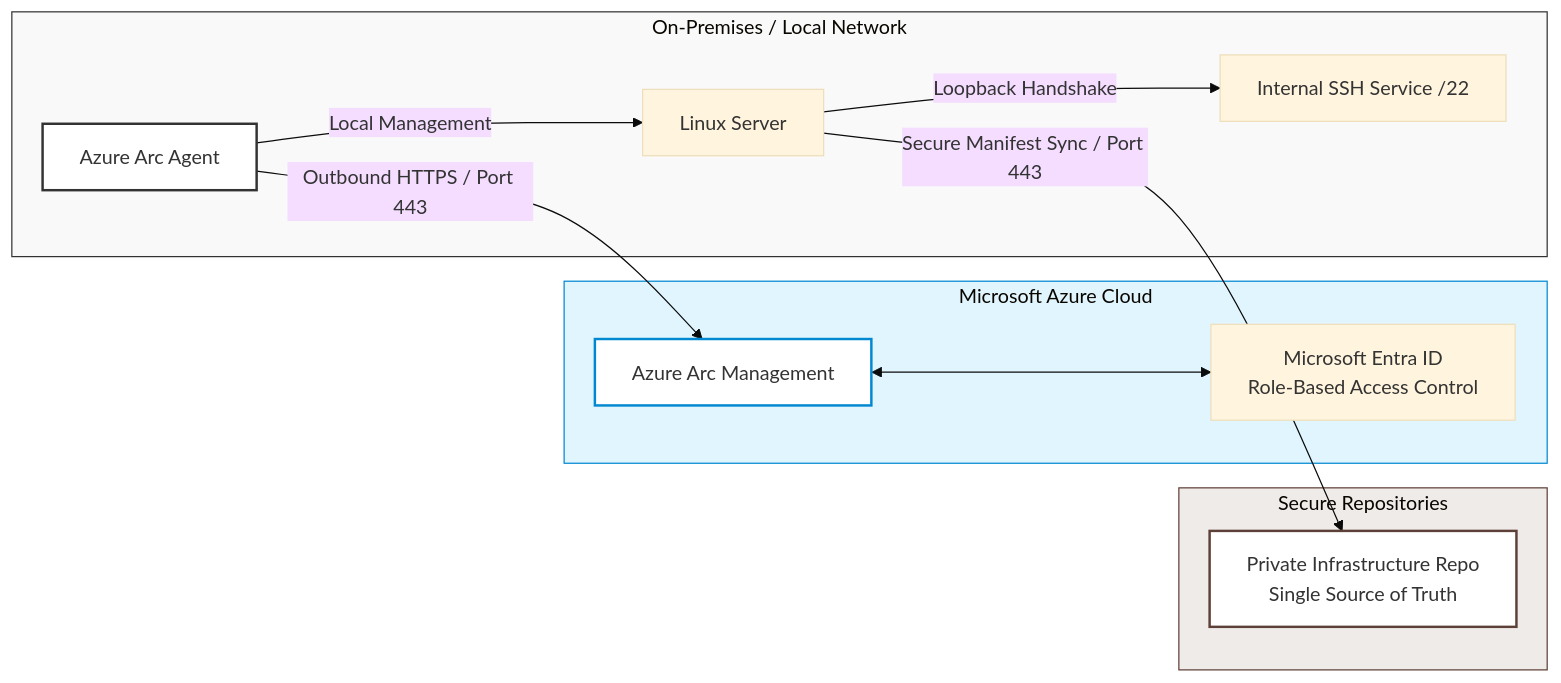
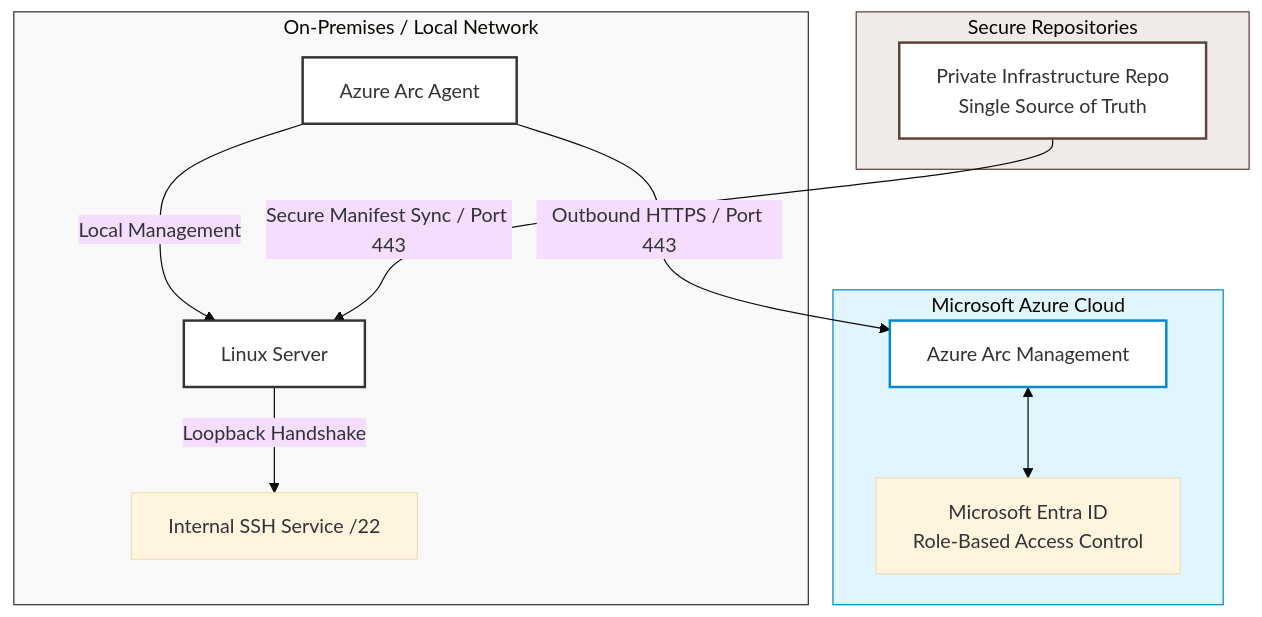
Before and after one commit to infer-insights/oszacuj-llm-gitops-enterprise: the diagram in README.md, drawn with Mermaid (base theme).

````diff
--- a/README.md
+++ b/README.md
@@ -20,34 +20,41 @@
 ```mermaid
-graph LR
-    %% Horizontal layout path configuration (Left-to-Right)
-    
+graph TD
+    %% Vertical Top-Down Architecture Layout
+
+    %% TOP LAYER
+    subgraph REPOS [Secure Repositories]
+        GR[Private Infrastructure Repo <br> Single Source of Truth]
+    end
+
+    %% MIDDLE LAYER
     subgraph ON_PREM [On-Premises / Local Network]
         LS[Linux Server]
         AA[Azure Arc Agent]
         SSH[Internal SSH Service /22]
+        
         AA -->|Local Management| LS
         LS -->|Loopback Handshake| SSH
     end
 
+    %% BOTTOM LAYER
     subgraph AZURE [Microsoft Azure Cloud]
         AM[Azure Arc Management]
         ME[Microsoft Entra ID <br> Role-Based Access Control]
         AM <--> ME
     end
 
-    subgraph REPOS [Secure Repositories]
-        GR[Private Infrastructure Repo <br> Single Source of Truth]
-    end
-
-    %% Outbound connections tracking over Port 443
+    %% VERTICAL FLOW CONNECTIONS (Outbound Port 443 Only)
+    GR -->|Secure Manifest Sync / Port 443| LS
     AA -->|Outbound HTTPS / Port 443| AM
-    LS -->|Secure Manifest Sync / Port 443| GR
 
     %% Corporate Enterprise Color Grading
+    style REPOS fill:#efebe9,stroke:#5d4037,stroke-width:1px
     style ON_PREM fill:#f9f9f9,stroke:#333,stroke-width:1px
     style AZURE fill:#e1f5fe,stroke:#0288d1,stroke-width:1px
-    style REPOS fill:#efebe9,stroke:#5d4037,stroke-width:1px
+    
+    style GR fill:#fff,stroke:#5d4037,stroke-width:2px
+    style LS fill:#fff,stroke:#333,stroke-width:2px
     style AA fill:#fff,stroke:#333,stroke-width:2px
     style AM fill:#fff,stroke:#0288d1,stroke-width:2px
-    style GR fill:#fff,stroke:#5d4037,stroke-width:2px
+
 ```
````
